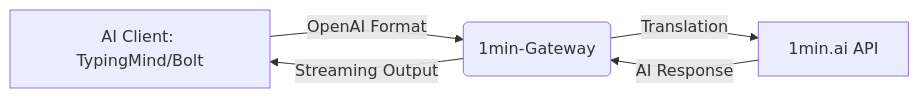
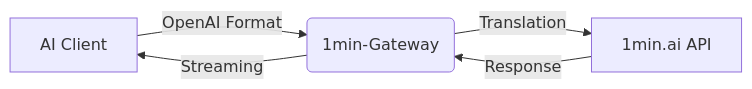
The diagram in README.md (bidabil/1min-Getway), drawn with Mermaid before and after one commit. The commit also changed other lines of this file and 7 other files, not shown here.

````diff
--- a/README.md
+++ b/README.md
@@ -33,8 +33,7 @@
 ```mermaid
 graph LR
-    A[AI Client: TypingMind/Bolt] -- OpenAI Format --> B(1min-Gateway)
-    B -- Translation --> C[1min.ai API]
-    C -- AI Response --> B
-    B -- Streaming Output --> A
-
+    A[AI Client] -->|OpenAI Format| B(1min-Gateway)
+    B -->|Translation| C[1min.ai API]
+    C -->|Response| B
+    B -->|Streaming| A
 ```
````
